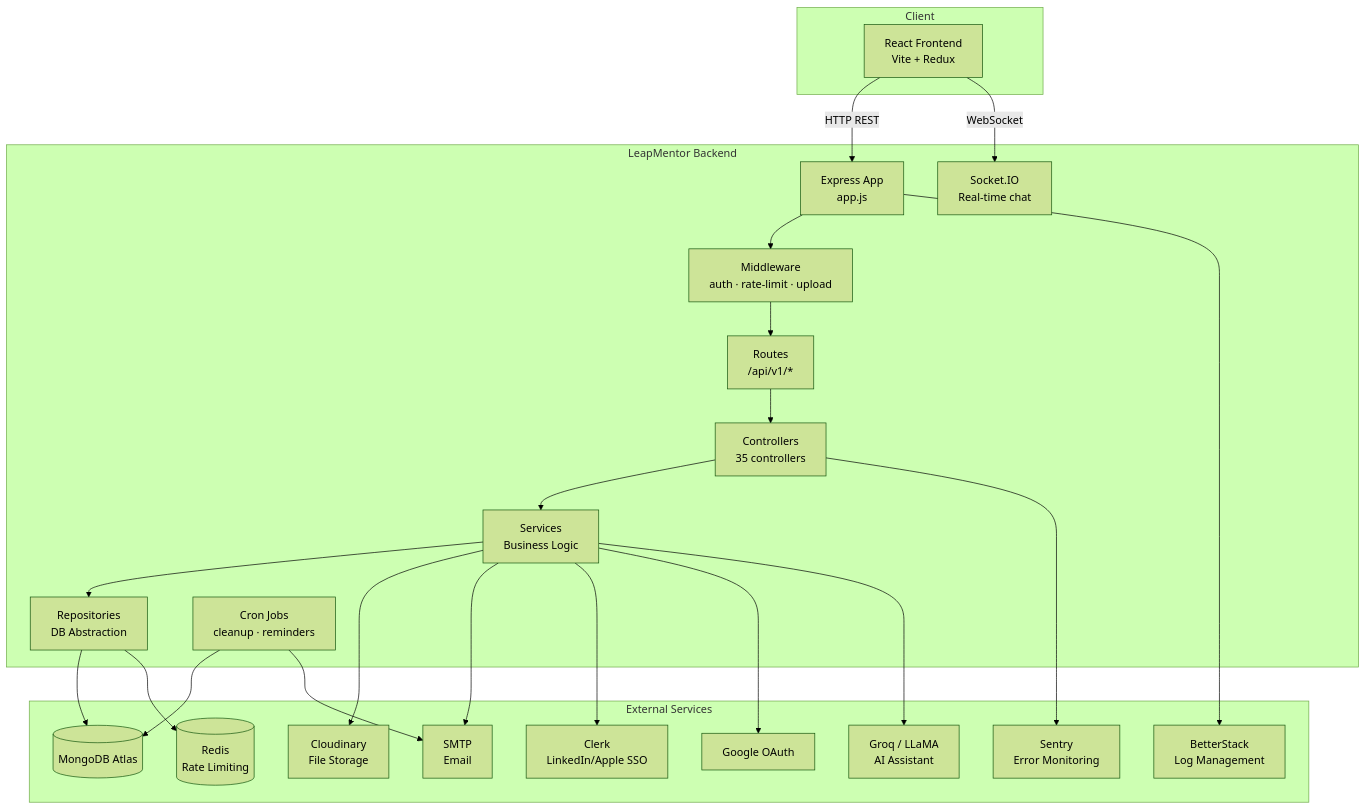
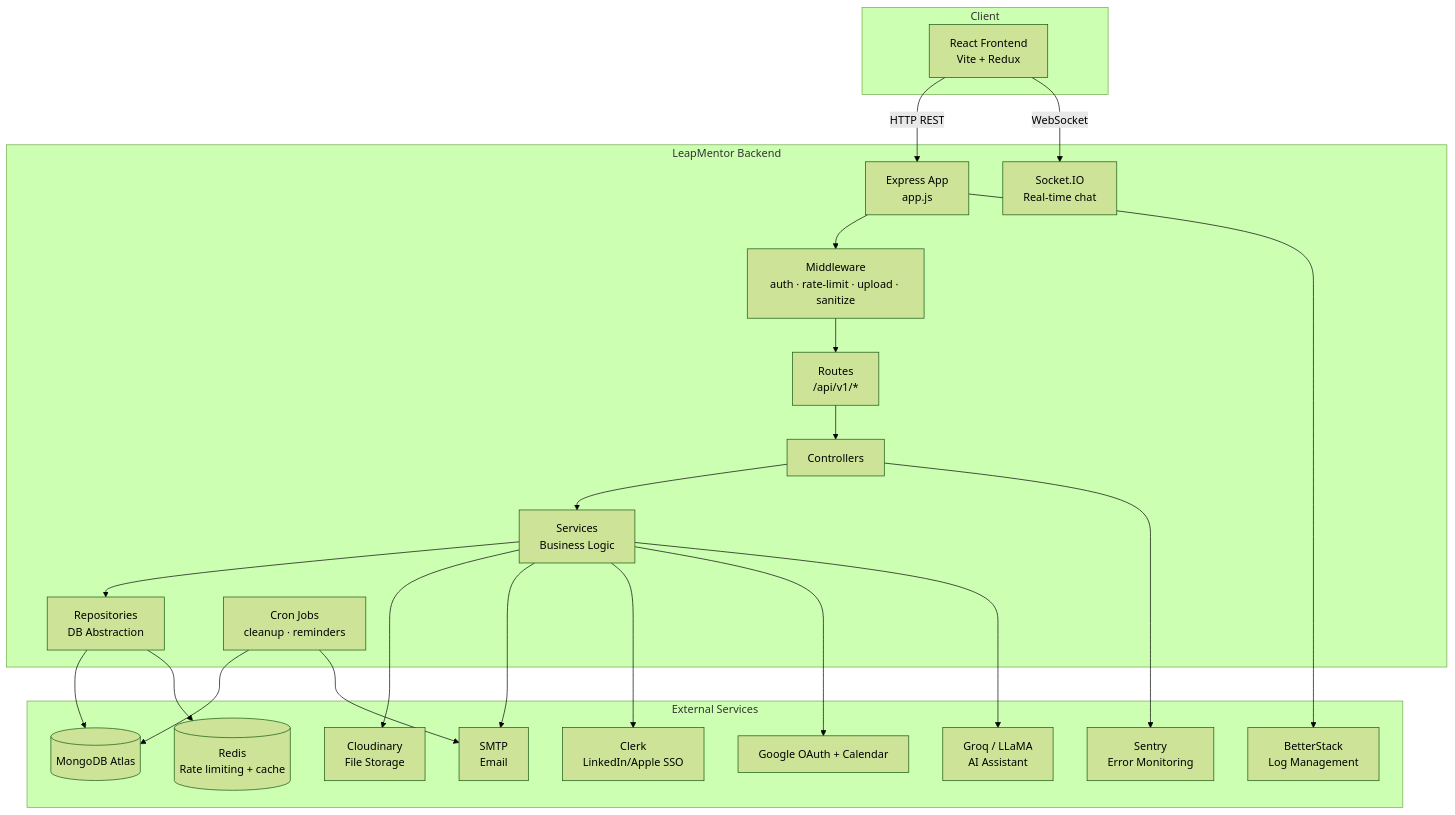
The first of 7 diagrams in README.md (shamaps/Leap_Mentor_Orbit_backend), drawn with Mermaid (forest theme) before and after one commit. The commit also changed other lines of this file and 303 other files, not shown here.

````diff
--- a/README.md
+++ b/README.md
@@ -115,43 +128,43 @@
 ```mermaid
 graph TB
     subgraph Client
         FE[React Frontend<br/>Vite + Redux]
     end
 
     subgraph LeapMentor Backend
         EX[Express App<br/>app.js]
-        MW[Middleware<br/>auth · rate-limit · upload]
+        MW[Middleware<br/>auth · rate-limit · upload · sanitize]
         RT[Routes<br/>/api/v1/*]
-        CT[Controllers<br/>35 controllers]
+        CT[Controllers]
         SV[Services<br/>Business Logic]
         RP[Repositories<br/>DB Abstraction]
         SK[Socket.IO<br/>Real-time chat]
         CR[Cron Jobs<br/>cleanup · reminders]
     end
 
     subgraph External Services
         MDB[(MongoDB Atlas)]
-        RDS[(Redis<br/>Rate Limiting)]
+        RDS[(Redis<br/>Rate limiting + cache)]
         CDN[Cloudinary<br/>File Storage]
         STP[SMTP<br/>Email]
         SNT[Sentry<br/>Error Monitoring]
         LGT[BetterStack<br/>Log Management]
         CLK[Clerk<br/>LinkedIn/Apple SSO]
-        GGL[Google OAuth]
+        GGL[Google OAuth + Calendar]
         GRQ[Groq / LLaMA<br/>AI Assistant]
     end
 
     FE -->|HTTP REST| EX
     FE -->|WebSocket| SK
     EX --> MW --> RT --> CT --> SV --> RP --> MDB
     SV --> CDN
     SV --> STP
     SV --> CLK
     SV --> GGL
     SV --> GRQ
     RP --> RDS
     CT --> SNT
     CR --> MDB
     CR --> STP
     EX --> LGT
 ```
````
